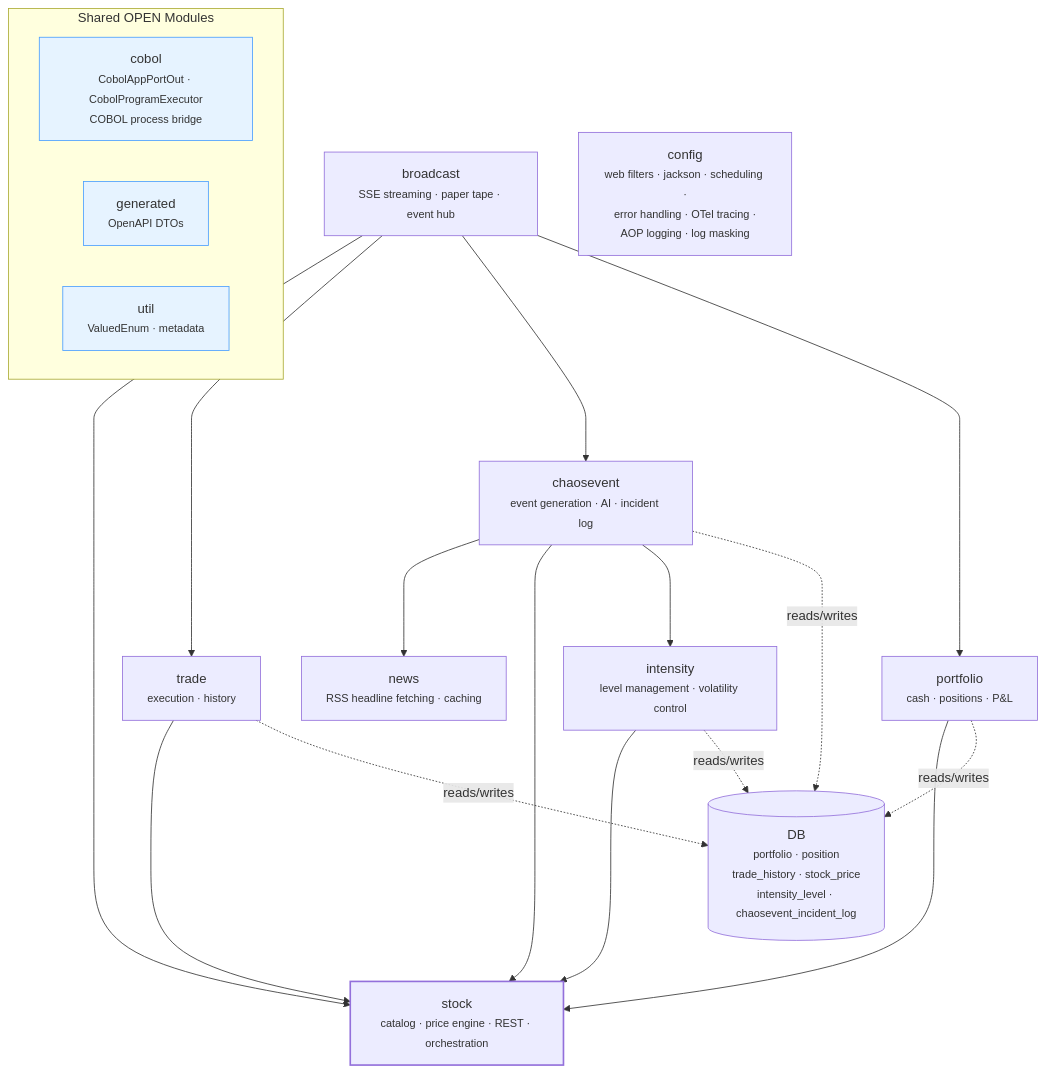
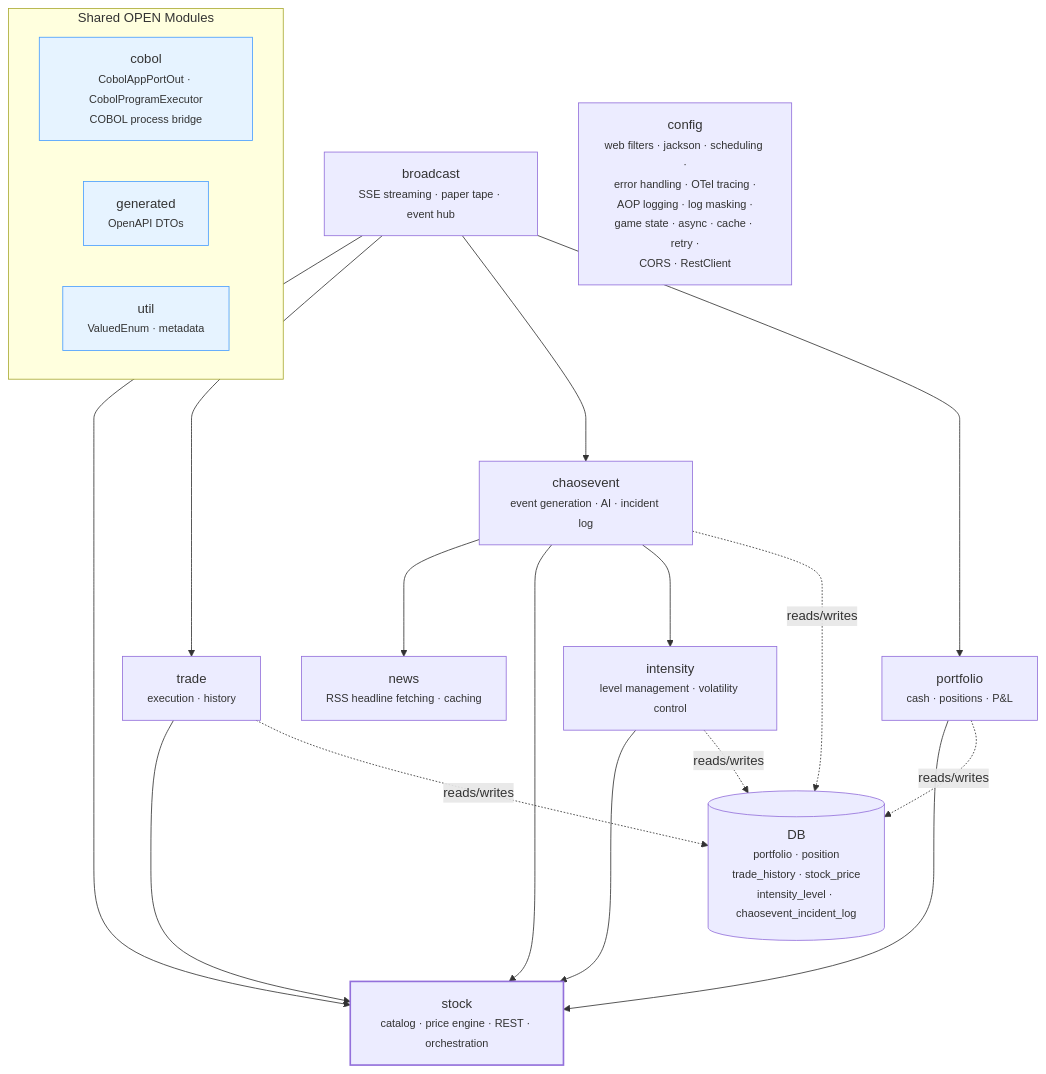
One commit to franBec/stonks-simulator changed the first of 4 diagrams in stonks_java/README.md. Above: the diagram before and after it, drawn with Mermaid. The commit also changed other lines of this file and 7 other files, not shown here.

Commit message:
docs: update root README with real screenshots, C4 diagrams, and veridical info; add trade/game-state dataflow diagrams to how-it-works page

````diff
--- a/stonks_java/README.md
+++ b/stonks_java/README.md
@@ -39,41 +39,41 @@
 ```mermaid
 graph TB
     broadcast["broadcast<br/><small>SSE streaming · paper tape · event hub</small>"]
     stock["stock<br/><small>catalog · price engine · REST · orchestration</small>"]
     trade["trade<br/><small>execution · history</small>"]
     chaosevent["chaosevent<br/><small>event generation · AI · incident log</small>"]
     intensity["intensity<br/><small>level management · volatility control</small>"]
     news["news<br/><small>RSS headline fetching · caching</small>"]
     portfolio["portfolio<br/><small>cash · positions · P&L</small>"]
     db[("DB<br/><small>portfolio · position<br/>trade_history · stock_price<br/>intensity_level · chaosevent_incident_log</small>")]
 
     subgraph OPEN ["Shared OPEN Modules"]
         cobol["cobol<br/><small>CobolAppPortOut · CobolProgramExecutor<br/>COBOL process bridge</small>"]
         generated["generated<br/><small>OpenAPI DTOs</small>"]
         util["util<br/><small>ValuedEnum · metadata</small>"]
     end
 
-    config["config<br/><small>web filters · jackson · scheduling ·<br/>error handling · OTel tracing ·<br/>AOP logging · log masking</small>"]
+    config["config<br/><small>web filters · jackson · scheduling ·<br/>error handling · OTel tracing ·<br/>AOP logging · log masking ·<br/>game state · async · cache · retry ·<br/>CORS · RestClient</small>"]
 
     broadcast ---> stock
     broadcast ---> trade
     broadcast ---> chaosevent
     broadcast ---> portfolio
 
     trade ---> stock
     chaosevent ---> news
     chaosevent ---> stock
     chaosevent ---> intensity
     intensity ---> stock
     portfolio ---> stock
 
     portfolio -.->|reads/writes| db
     trade -.->|reads/writes| db
     intensity -.->|reads/writes| db
     chaosevent -.->|reads/writes| db
 
     style stock stroke-width:2px
     style cobol fill:#e6f3ff,stroke:#4a9eff
     style generated fill:#e6f3ff,stroke:#4a9eff
     style util fill:#e6f3ff,stroke:#4a9eff
 ```
````
